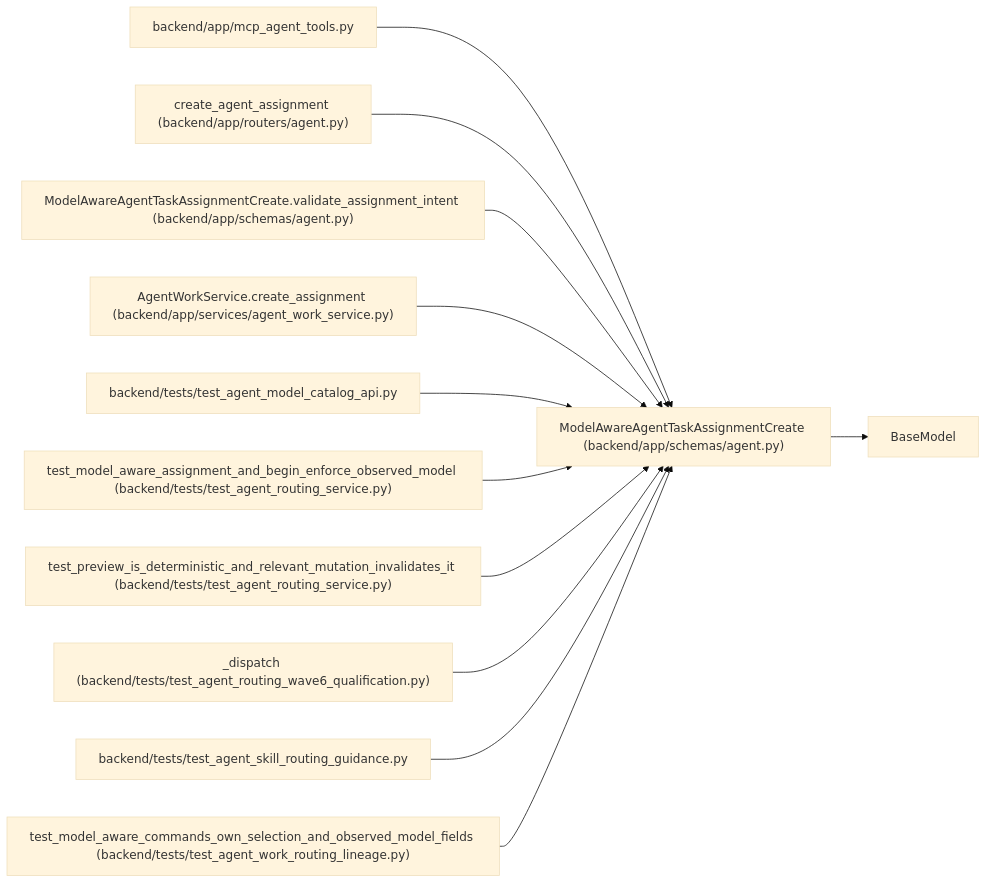
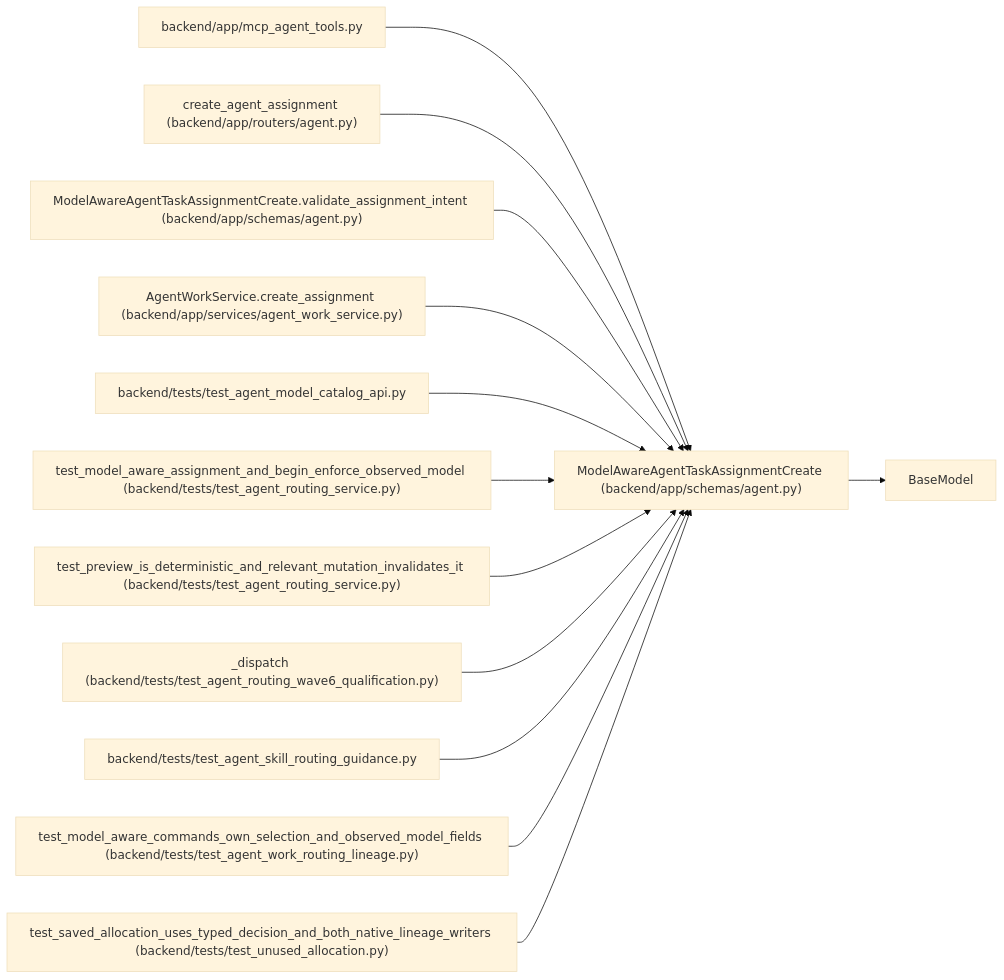
One commit to Denissvgn/WorkChord changed the diagram in docs/llm_wiki/entities/schemas_agent_ModelAwareAgentTaskAssignmentCreate.md. Above: the diagram before and after it, drawn with Mermaid (base theme). The commit also changed other lines of this file and 636 other files, not shown here.

````diff
--- a/docs/llm_wiki/entities/schemas_agent_ModelAwareAgentTaskAssignmentCreate.md
+++ b/docs/llm_wiki/entities/schemas_agent_ModelAwareAgentTaskAssignmentCreate.md
@@ -58,37 +58,40 @@
 ```mermaid
 flowchart LR
     n0["ModelAwareAgentTaskAssignmentCreate (backend/app/schemas/agent.py)"]
     n1["BaseModel"]
     n2["backend/app/mcp_agent_tools.py"]
     n3["create_agent_assignment (backend/app/routers/agent.py)"]
     n4["ModelAwareAgentTaskAssignmentCreate.validate_assignment_intent (backend/app/schemas/agent.py)"]
     n5["AgentWorkService.create_assignment (backend/app/services/agent_work_service.py)"]
     n6["backend/tests/test_agent_model_catalog_api.py"]
     n7["test_model_aware_assignment_and_begin_enforce_observed_model (backend/tests/test_agent_routing_service.py)"]
     n8["test_preview_is_deterministic_and_relevant_mutation_invalidates_it (backend/tests/test_agent_routing_service.py)"]
     n9["_dispatch (backend/tests/test_agent_routing_wave6_qualification.py)"]
     n10["backend/tests/test_agent_skill_routing_guidance.py"]
     n11["test_model_aware_commands_own_selection_and_observed_model_fields (backend/tests/test_agent_work_routing_lineage.py)"]
+    n12["test_saved_allocation_uses_typed_decision_and_both_native_lineage_writers (backend/tests/test_unused_allocation.py)"]
     n0 --> n1
     n2 --> n0
     n3 --> n0
     n4 --> n0
     n5 --> n0
     n6 --> n0
     n7 --> n0
     n8 --> n0
     n9 --> n0
     n10 --> n0
     n11 --> n0
+    n12 --> n0
     click n0 "../modules/schemas_agent.md"
     click n2 "../modules/mcp_agent_tools.md"
     click n3 "../modules/routers_agent.md"
     click n4 "../modules/schemas_agent.md"
     click n5 "../modules/agent_work_service.md"
     click n6 "../modules/test_agent_model_catalog_api.md"
     click n7 "../modules/test_agent_routing_service.md"
     click n8 "../modules/test_agent_routing_service.md"
     click n9 "../modules/test_agent_routing_wave6_qualification.md"
     click n10 "../modules/test_agent_skill_routing_guidance.md"
     click n11 "../modules/test_agent_work_routing_lineage.md"
+    click n12 "../modules/test_unused_allocation.md"
 ```
````
